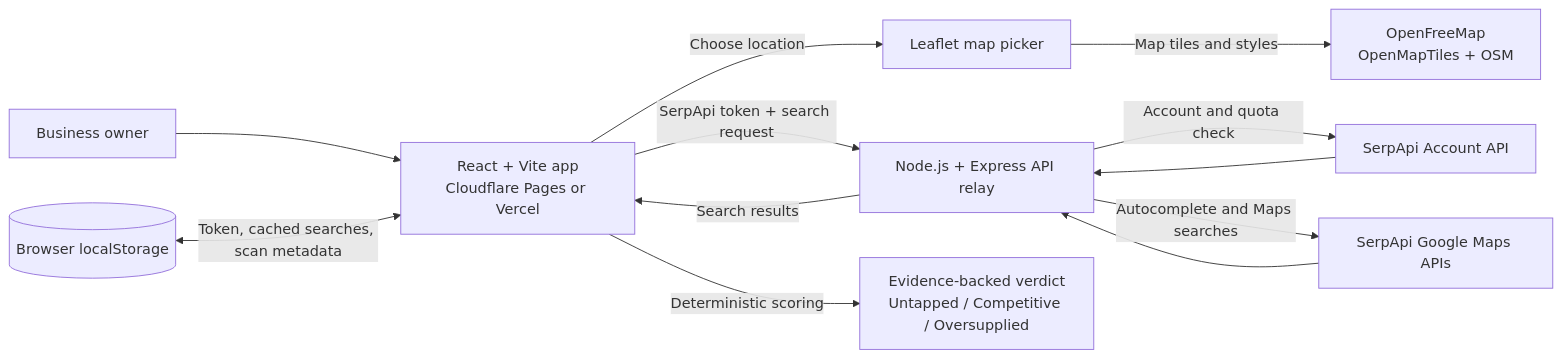
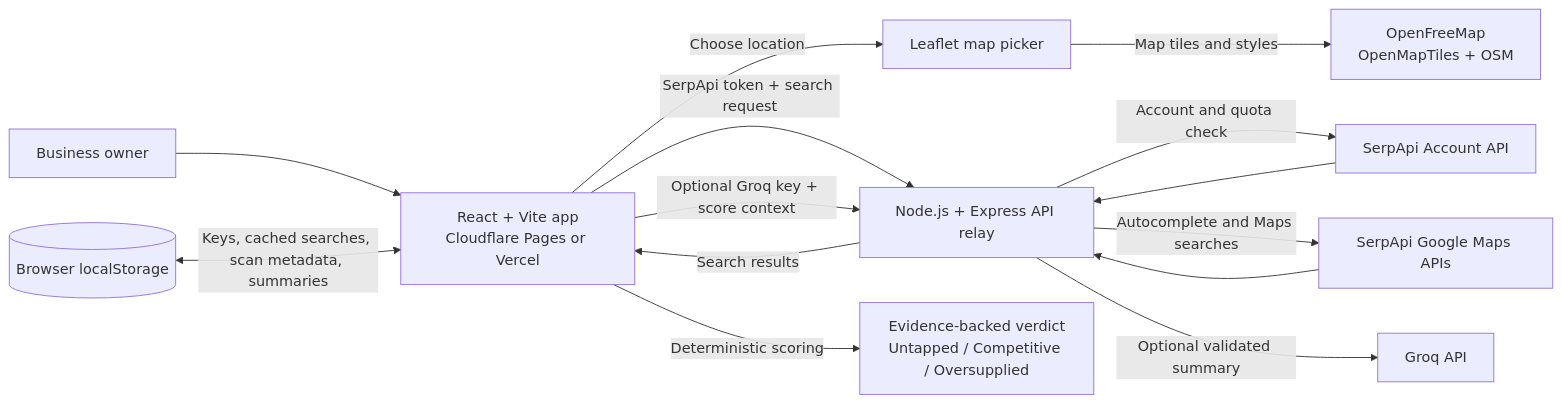
One commit to kailash16dev/SiteFit changed the diagram in README.md. Above: the diagram before and after it, drawn with Mermaid. The commit also changed other lines of this file and 14 other files, not shown here.

Commit message:
Add optional market read summary

````diff
--- a/README.md
+++ b/README.md
@@ -95,14 +95,16 @@
 ```mermaid
 flowchart LR
     owner[Business owner] --> ui[React + Vite app<br/>Cloudflare Pages or Vercel]
     ui -->|Choose location| maps[Leaflet map picker]
     maps -->|Map tiles and styles| ofm[OpenFreeMap<br/>OpenMapTiles + OSM]
     ui -->|SerpApi token + search request| relay[Node.js + Express API relay]
-    local[(Browser localStorage)] <-->|Token, cached searches, scan metadata| ui
+    ui -->|Optional Groq key + score context| relay
+    local[(Browser localStorage)] <-->|Keys, cached searches, scan metadata, summaries| ui
     relay -->|Account and quota check| account[SerpApi Account API]
     relay -->|Autocomplete and Maps searches| serp[SerpApi Google Maps APIs]
     account --> relay
     serp --> relay
+    relay -->|Optional validated summary| groq[Groq API]
     relay -->|Search results| ui
     ui -->|Deterministic scoring| result[Evidence-backed verdict<br/>Untapped / Competitive / Oversupplied]
 ```
````
